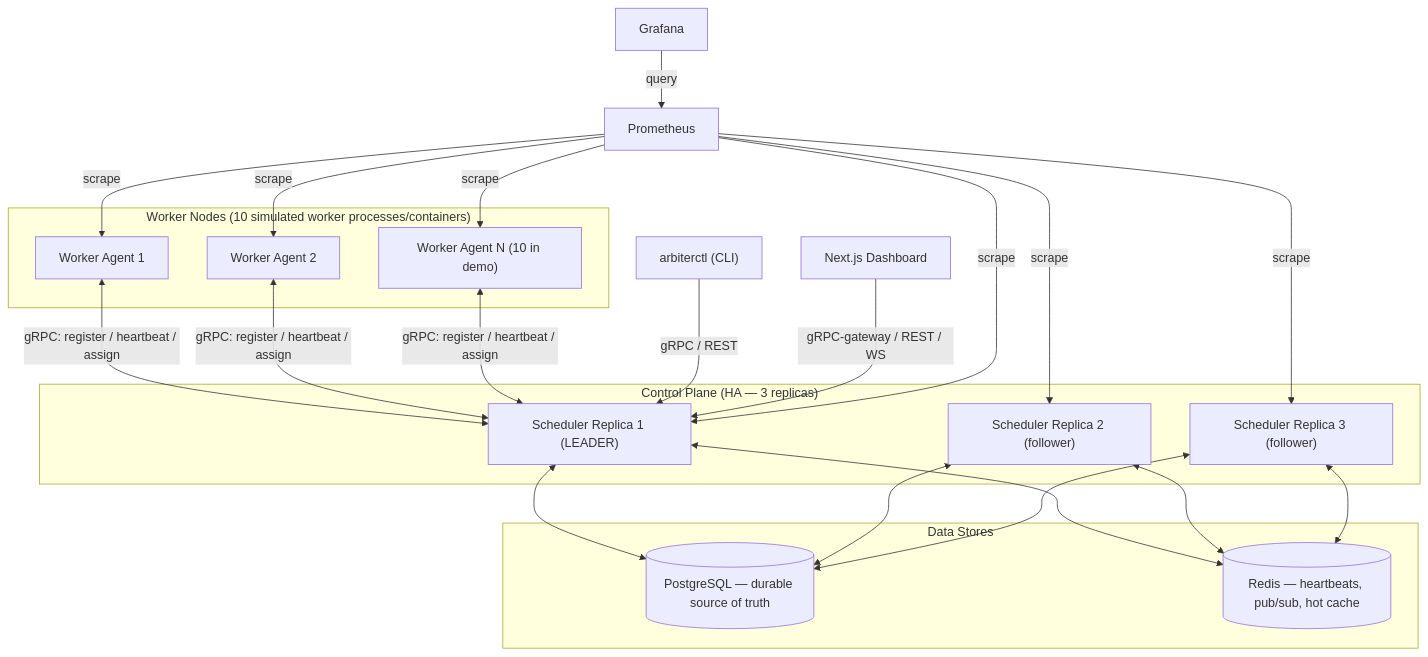
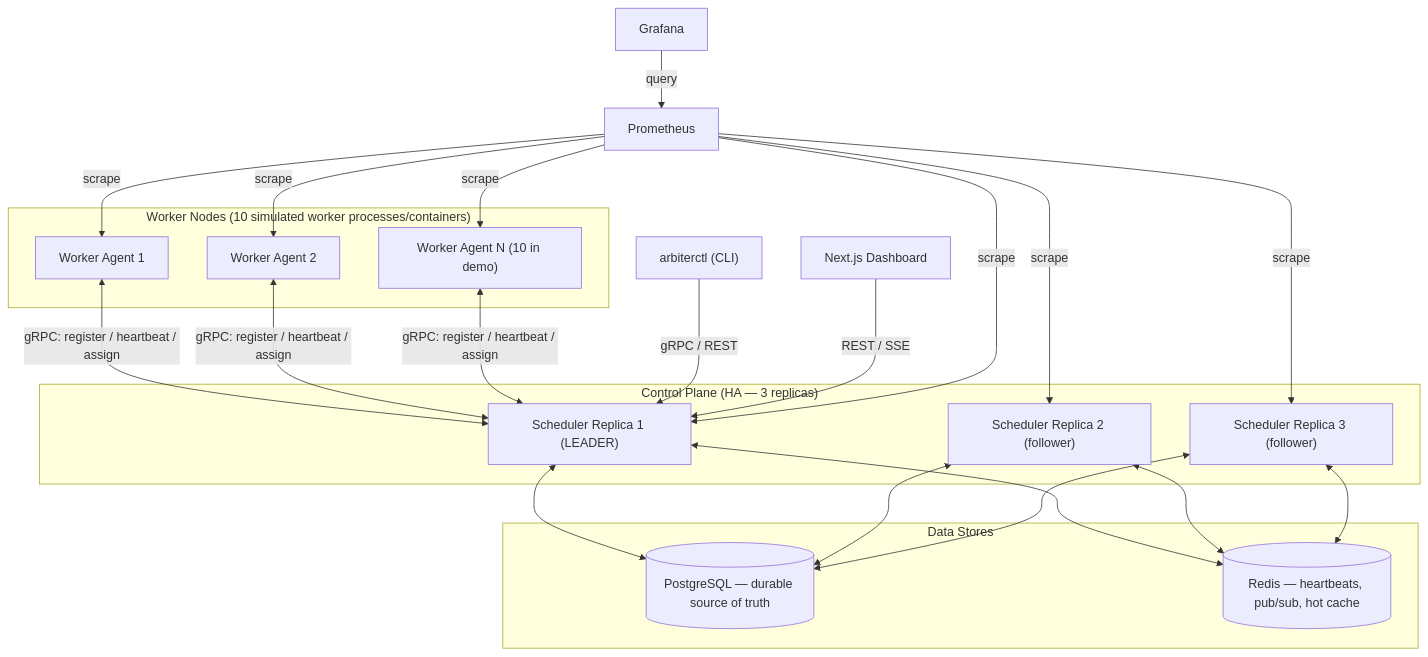
Before and after one commit to AnishK05/arbiter-distributed-scheduler: the first of 3 diagrams in docs/architecture.md, drawn with Mermaid. The commit also changed other lines of this file and 31 other files, not shown here.

First line of the commit message:
Phase 8: CLI describe/logs, REST+SSE API, and Next.js dashboard (#11)

````diff
--- a/docs/architecture.md
+++ b/docs/architecture.md
@@ -13,45 +13,45 @@
 ```mermaid
 graph TB
     subgraph ControlPlane["Control Plane (HA — 3 replicas)"]
         S1["Scheduler Replica 1 (LEADER)"]
         S2["Scheduler Replica 2 (follower)"]
         S3["Scheduler Replica 3 (follower)"]
     end
 
     subgraph DataStores["Data Stores"]
         PG[("PostgreSQL — durable source of truth")]
         R[("Redis — heartbeats, pub/sub, hot cache")]
     end
 
     subgraph Workers["Worker Nodes (10 simulated worker processes/containers)"]
         W1["Worker Agent 1"]
         W2["Worker Agent 2"]
         WN["Worker Agent N (10 in demo)"]
     end
 
     CLI["arbiterctl (CLI)"]
     DASH["Next.js Dashboard"]
     PROM["Prometheus"]
     GRAF["Grafana"]
 
     S1 <--> PG
     S2 <--> PG
     S3 <--> PG
     S1 <--> R
     S2 <--> R
     S3 <--> R
 
     W1 <-- "gRPC: register / heartbeat / assign" --> S1
     W2 <-- "gRPC: register / heartbeat / assign" --> S1
     WN <-- "gRPC: register / heartbeat / assign" --> S1
 
     CLI -- "gRPC / REST" --> S1
-    DASH -- "gRPC-gateway / REST / WS" --> S1
+    DASH -- "REST / SSE" --> S1
     PROM -- scrape --> S1
     PROM -- scrape --> S2
     PROM -- scrape --> S3
     PROM -- scrape --> W1
     PROM -- scrape --> W2
     PROM -- scrape --> WN
     GRAF -- query --> PROM
 ```
````
